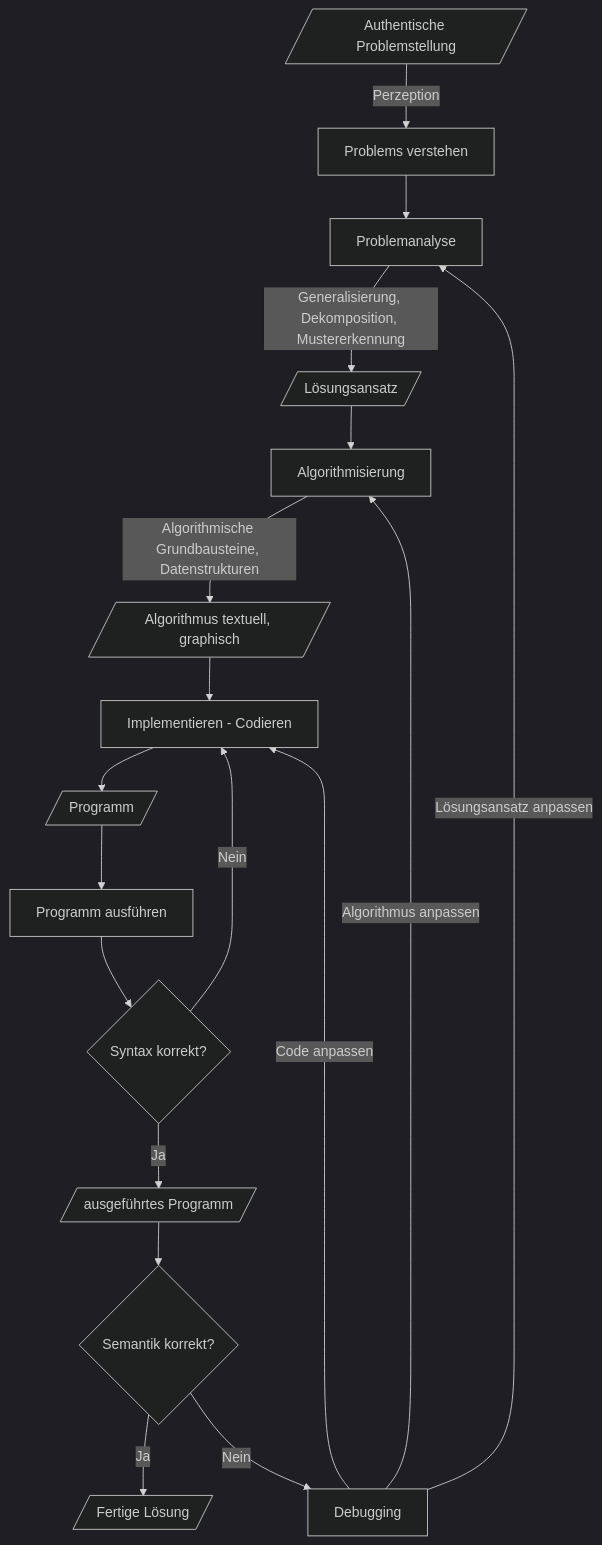
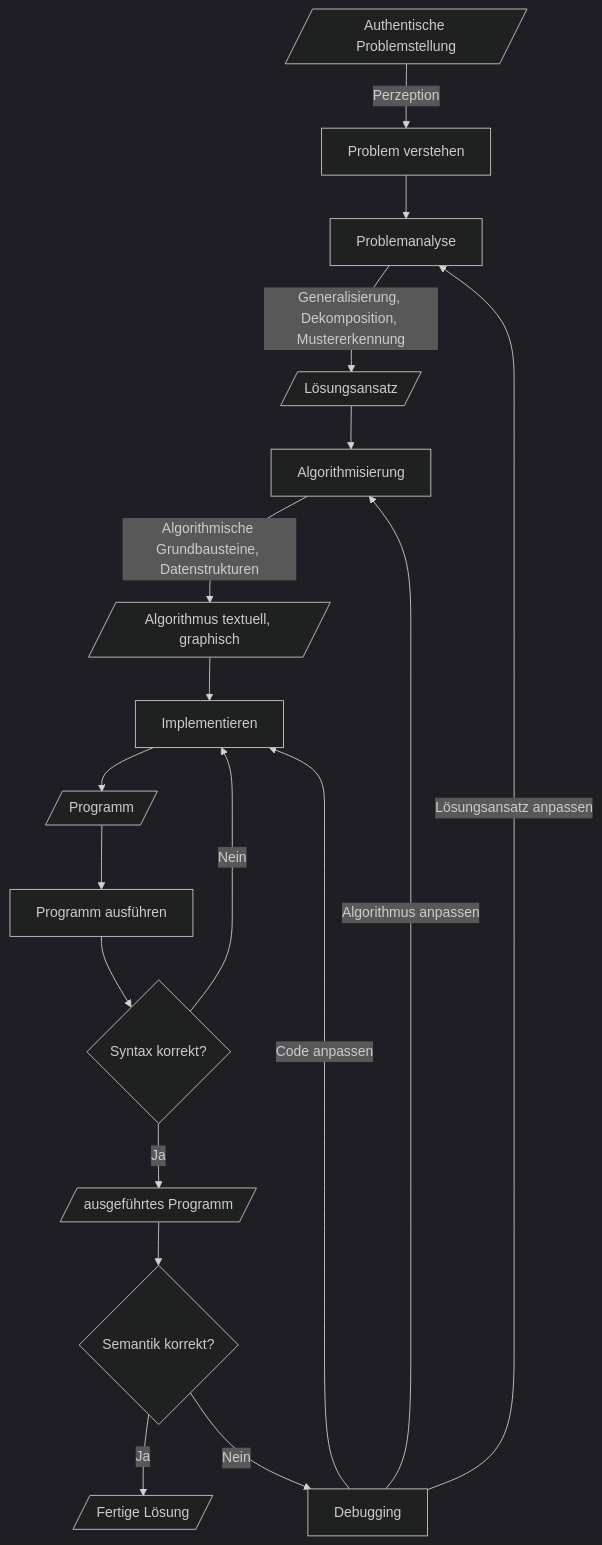
Before and after one commit to clander/voprogrammieren: the diagram in README.md, drawn with Mermaid (dark theme).

Commit message:
Zyklischer Ablauf

````diff
--- a/README.md
+++ b/README.md
@@ -227,20 +227,20 @@
 ```mermaid
 flowchart TD
     A[/Authentische Problemstellung/] 
-    --> |Perzeption|B[Problems verstehen] 
+    --> |Perzeption|B[Problem verstehen] 
     --> C[Problemanalyse] 
     --> |Generalisierung, Dekomposition, Mustererkennung|D[/Lösungsansatz/] 
     --> E[Algorithmisierung] 
     --> |Algorithmische Grundbausteine, Datenstrukturen| F[/Algorithmus textuell, graphisch/] 
-    --> G[Implementieren - Codieren] 
+    --> G[Implementieren] 
     --> H[/Programm/]
     --> I[Programm ausführen] 
     --> J{Syntax korrekt?}
     --> |Nein| G
     J -->|Ja| K[/ausgeführtes Programm/] 
     --> L{Semantik korrekt?} 
     -->|Ja| N[/Fertige Lösung/]
     L --> |Nein| M[Debugging]-->|Code anpassen|G
     M -->|Lösungsansatz anpassen|C
     M --> |Algorithmus anpassen|E
 ```
````
